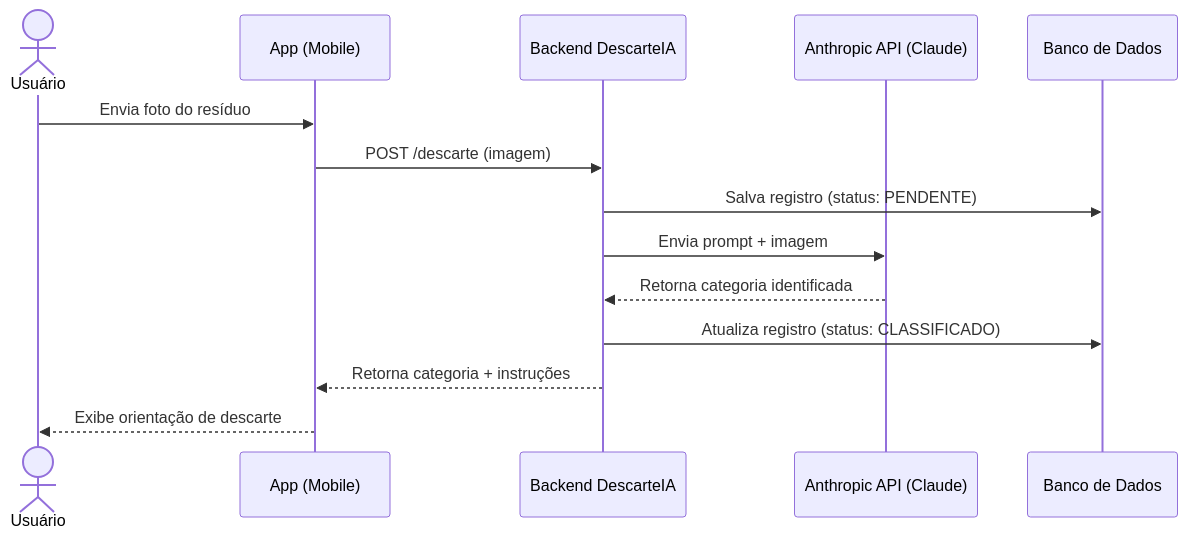
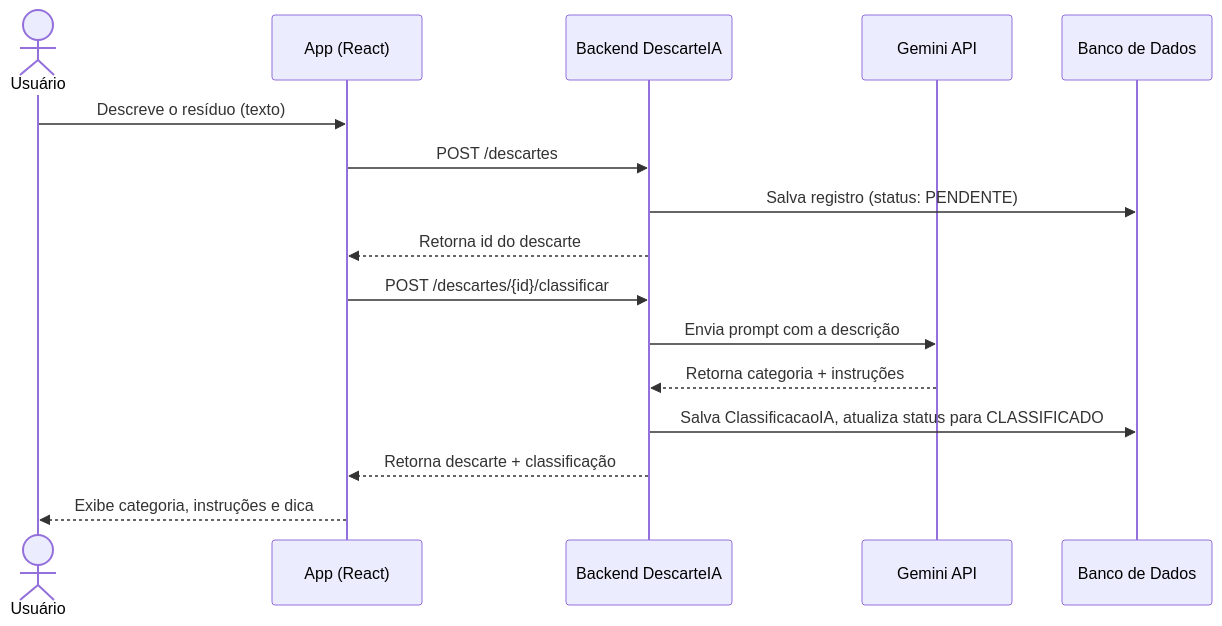
Before and after one commit to gabrielroliveira98-cell/App-DescarteIA: the diagram in docs/diagrama-sequencia.md, drawn with Mermaid. The commit also changed other lines of this file and 5 other files, not shown here.

````diff
--- a/docs/diagrama-sequencia.md
+++ b/docs/diagrama-sequencia.md
@@ -5,17 +5,20 @@
 ```mermaid
 sequenceDiagram
     actor U as Usuário
-    participant App as App (Mobile)
+    participant App as App (React)
     participant API as Backend DescarteIA
-    participant IA as Anthropic API (Claude)
+    participant IA as Gemini API
     participant DB as Banco de Dados
 
-    U->>App: Envia foto do resíduo
-    App->>API: POST /descarte (imagem)
+    U->>App: Descreve o resíduo (texto)
+    App->>API: POST /descartes
     API->>DB: Salva registro (status: PENDENTE)
-    API->>IA: Envia prompt + imagem
-    IA-->>API: Retorna categoria identificada
-    API->>DB: Atualiza registro (status: CLASSIFICADO)
-    API-->>App: Retorna categoria + instruções
-    App-->>U: Exibe orientação de descarte
+    API-->>App: Retorna id do descarte
+
+    App->>API: POST /descartes/{id}/classificar
+    API->>IA: Envia prompt com a descrição
+    IA-->>API: Retorna categoria + instruções
+    API->>DB: Salva ClassificacaoIA, atualiza status para CLASSIFICADO
+    API-->>App: Retorna descarte + classificação
+    App-->>U: Exibe categoria, instruções e dica
 ```
````
